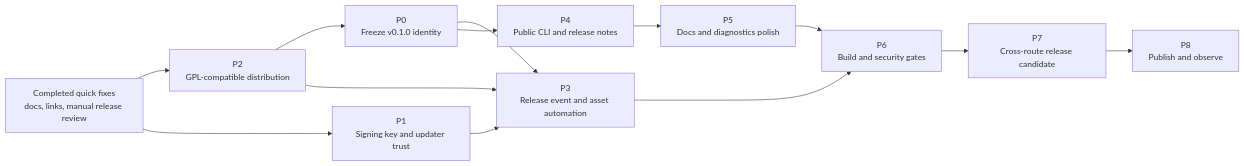
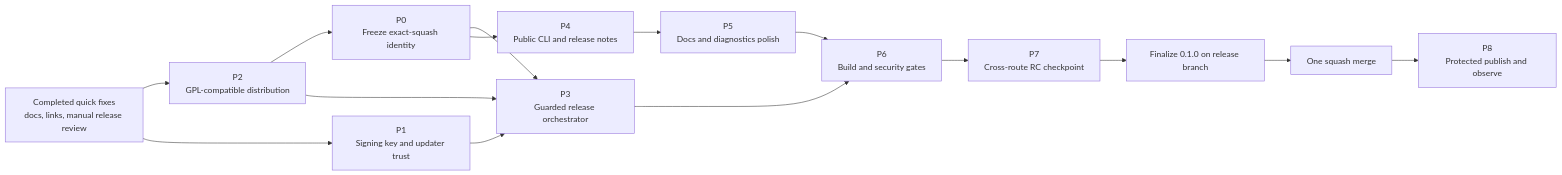
The diagram in docs/plans/2026-07-25-initial-release-remediation.md (TJZine/frame-compare), drawn with Mermaid before and after one commit. The commit also changed other lines of this file and 7 other files, not shown here.

Commit message:
docs(release): record single-merge release workflow

````diff
--- a/docs/plans/2026-07-25-initial-release-remediation.md
+++ b/docs/plans/2026-07-25-initial-release-remediation.md
@@ -279,15 +357,17 @@
 ```mermaid
 flowchart LR
     Q["Completed quick fixes<br/>docs, links, manual release review"] --> P2["P2<br/>GPL-compatible distribution"]
     Q --> P1["P1<br/>Signing key and updater trust"]
-    P2 --> P0["P0<br/>Freeze v0.1.0 identity"]
-    P0 --> P3["P3<br/>Release event and asset automation"]
+    P2 --> P0["P0<br/>Freeze exact-squash identity"]
+    P0 --> P3["P3<br/>Guarded release orchestrator"]
     P1 --> P3
     P2 --> P3
     P0 --> P4["P4<br/>Public CLI and release notes"]
     P4 --> P5["P5<br/>Docs and diagnostics polish"]
     P3 --> P6["P6<br/>Build and security gates"]
     P5 --> P6
-    P6 --> P7["P7<br/>Cross-route release candidate"]
-    P7 --> P8["P8<br/>Publish and observe"]
+    P6 --> P7["P7<br/>Cross-route RC checkpoint"]
+    P7 --> F["Finalize 0.1.0 on release branch"]
+    F --> M["One squash merge"]
+    M --> P8["P8<br/>Protected publish and observe"]
 ```
````
